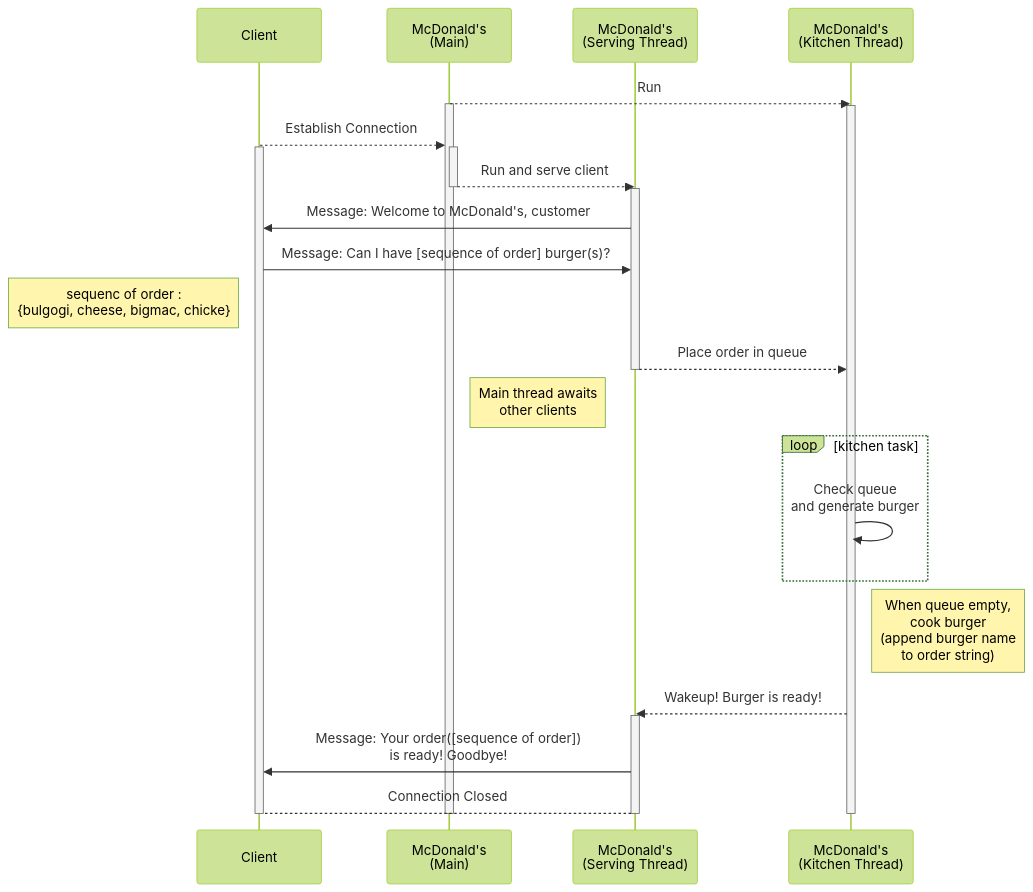
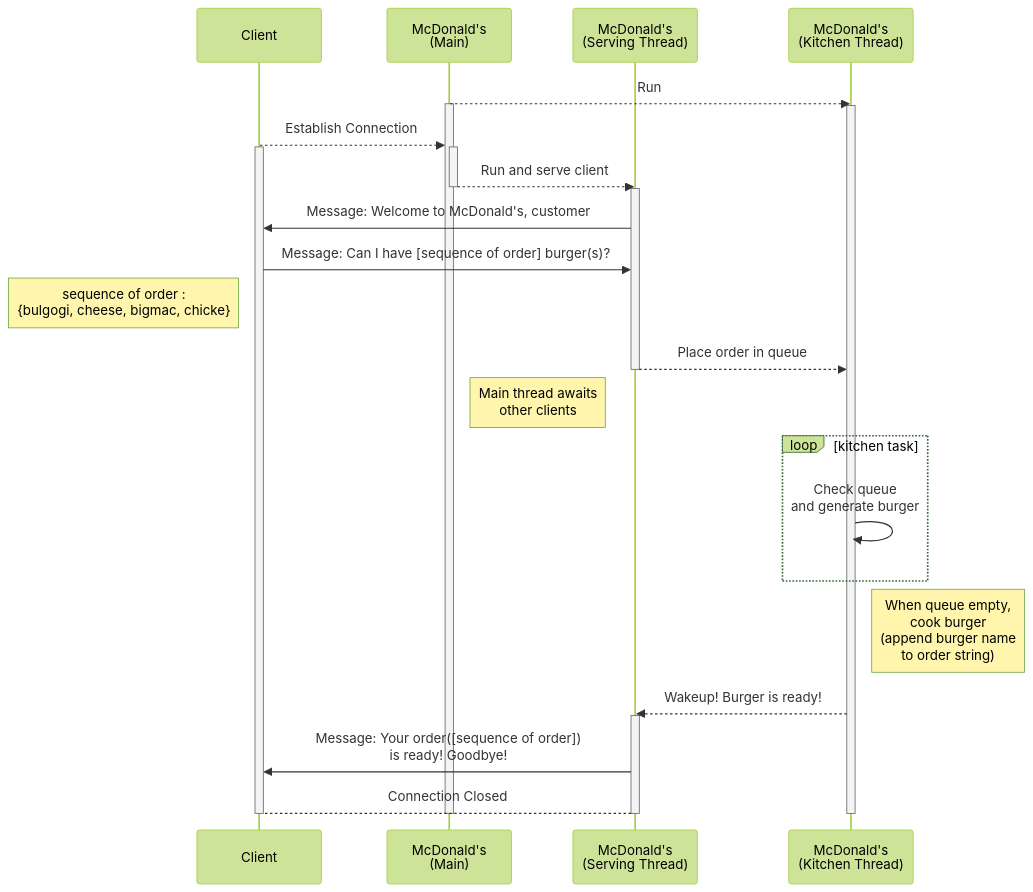
Before and after one commit to SNU-ARC/2024_spring_sysprog_Lab5: the diagram in README.md, drawn with Mermaid (forest theme).

````diff
--- a/README.md
+++ b/README.md
@@ -170,34 +170,34 @@
 ```mermaid
 sequenceDiagram
     participant C as Client
     participant M as McDonald's<br>(Main)
     participant S as McDonald's<br>(Serving Thread)
     participant K as McDonald's<br>(Kitchen Thread)
     M-->>K: Run
     Activate M
     Activate K
     C-->>M: Establish Connection
     Activate M
     Activate C
     M-->>S: Run and serve client
     Activate S
     Deactivate M
     S->>C: Message: Welcome to McDonald's, customer #xx
     C->>S: Message: Can I have [sequence of order] burger(s)?
-    Note left of C : sequenc of order :<br> {bulgogi, cheese, bigmac, chicke}
+    Note left of C : sequence of order :<br> {bulgogi, cheese, bigmac, chicke}
     S-->>K: Place order in queue
     Deactivate S
     Note right of M: Main thread awaits<br>other clients
     loop kitchen task
       K->>K: Check queue <br> and generate burger
     end
     Note right of K: When queue empty,<br>cook burger<br>(append burger name<br>to order string)
     K-->>S: Wakeup! Burger is ready!
     Activate S
     S->>C: Message: Your order([sequence of order]) <br>is ready! Goodbye!
     S-->C: Connection Closed
     Deactivate C
     Deactivate K
     Deactivate S
     Deactivate M
 ```
````
